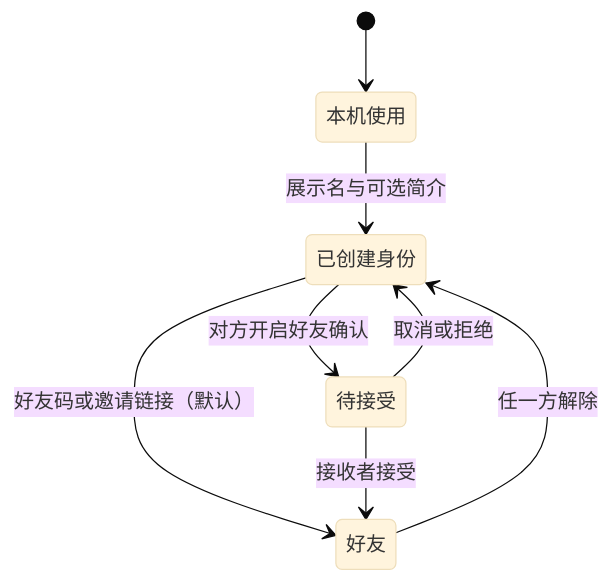
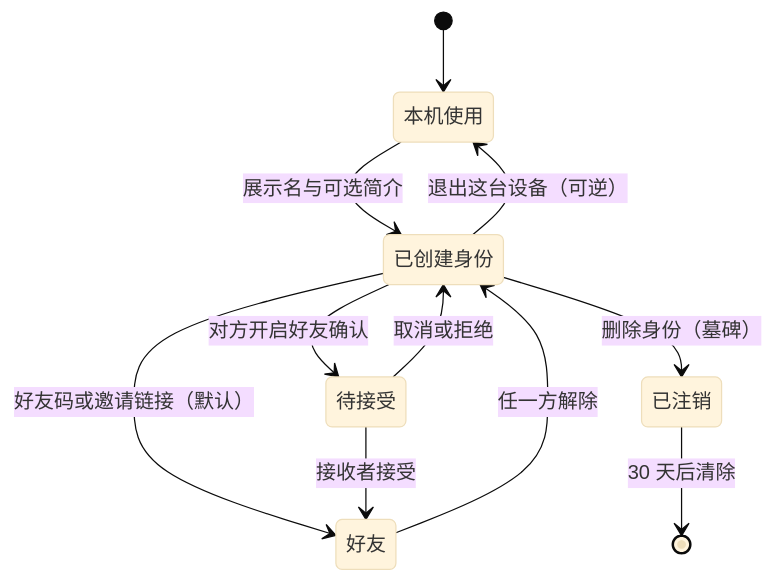
Before and after one commit to 0xBelulu/blur: the diagram in docs/identity-friends-api.md, drawn with Mermaid (base theme). The commit also changed other lines of this file and 19 other files, not shown here.

````diff
--- a/docs/identity-friends-api.md
+++ b/docs/identity-friends-api.md
@@ -25,10 +26,13 @@
 ```mermaid
 stateDiagram-v2
   [*] --> 本机使用
   本机使用 --> 已创建身份: 展示名与可选简介
   已创建身份 --> 好友: 好友码或邀请链接（默认）
   已创建身份 --> 待接受: 对方开启好友确认
   待接受 --> 好友: 接收者接受
   待接受 --> 已创建身份: 取消或拒绝
   好友 --> 已创建身份: 任一方解除
+  已创建身份 --> 本机使用: 退出这台设备（可逆）
+  已创建身份 --> 已注销: 删除身份（墓碑）
+  已注销 --> [*]: 30 天后清除
 ```
````
